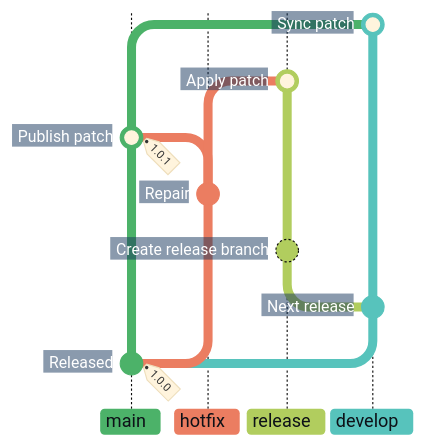
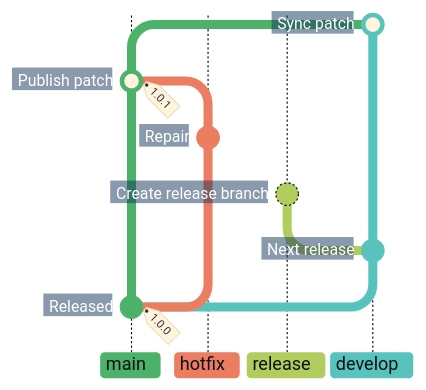
The second of 3 diagrams in docs/adr/cicd.md (superhero/operations.superduper.solutions), drawn with Mermaid before and after one commit. The commit also changed other lines of this file, not shown here.

Commit message:
docs: show hotfix merging only into main in the graph

````diff
--- a/docs/adr/cicd.md
+++ b/docs/adr/cicd.md
@@ -85,25 +85,23 @@
 ```mermaid
 %%{init: {"theme": "base", "themeCSS": "line.branch { stroke: #8B949E; stroke-width: 1px; stroke-dasharray: 1 4; stroke-linecap: round; } .branchLabel, .tag-label { font-weight: 700; } .tag-label-bkg, .commit-label-bkg { opacity: 0.9; } .tag-label-bkg { fill: #B8E6C4; stroke: #8ED3A2; } .branchLabelBkg { opacity: 1; clip-path: inset(0 8px 0 0 round 4px) fill-box; } .commit-labels g:last-of-type { visibility: hidden; } .commit-labels g { transform-box: fill-box; transform-origin: calc(100% + 17px) calc(50% + 2px); transform: rotate(-10deg); } .commit-label { font-weight: 700; transform: translateX(-8px); } .commit-label-bkg { stroke: #17365D; stroke-width: 20px; transform: translateX(-5px); clip-path: polygon(-4px -4px, calc(100% + 4px) -4px, calc(100% + 10px) 50%, calc(100% + 4px) calc(100% + 4px), -4px calc(100% + 4px)) fill-box; } .commit.branch { stroke: #B1CD5E; stroke-dasharray: none; }", "gitGraph": {"showCommitLabel": true, "rotateCommitLabel": false}, "themeVariables": {
     "commitLabelFontSize": "14px", "commitLabelColor": "#FFFFFF", "commitLabelBackground": "#17365D",
     "git0": "#4CB269", "gitBranchLabel0": "#0D1117",
     "git1": "#EB7D61", "gitBranchLabel1": "#0D1117",
     "git2": "#B1CD5E", "gitBranchLabel2": "#0D1117",
     "git3": "#57C3BC", "gitBranchLabel3": "#0D1117"
 }}}%%
 gitGraph BT:
     %% In BT order, the initial commit note is the last label group; its tag stays visible.
     commit id: "Released" tag: "1.0.0"
     branch develop order: 3
     commit id: "Next release"
     branch "release" order: 2
     commit id: "Create release branch"
     checkout main
     branch "hotfix" order: 1
     commit id: "Repair"
     checkout main
     merge "hotfix" id: "Publish patch" tag: "1.0.1"
-    checkout "release"
-    merge "hotfix" id: "Apply patch"
     checkout develop
     merge main id: "Sync patch"
 ```
````
